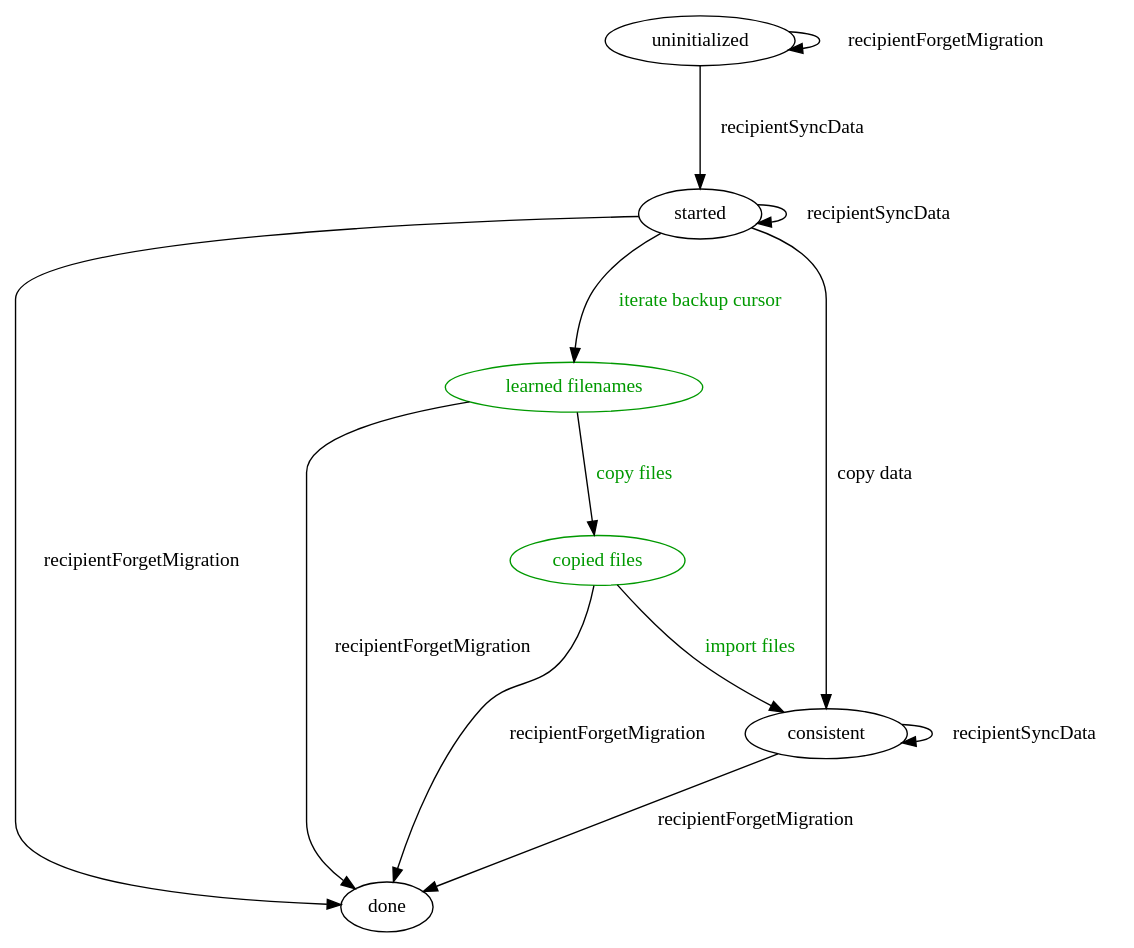
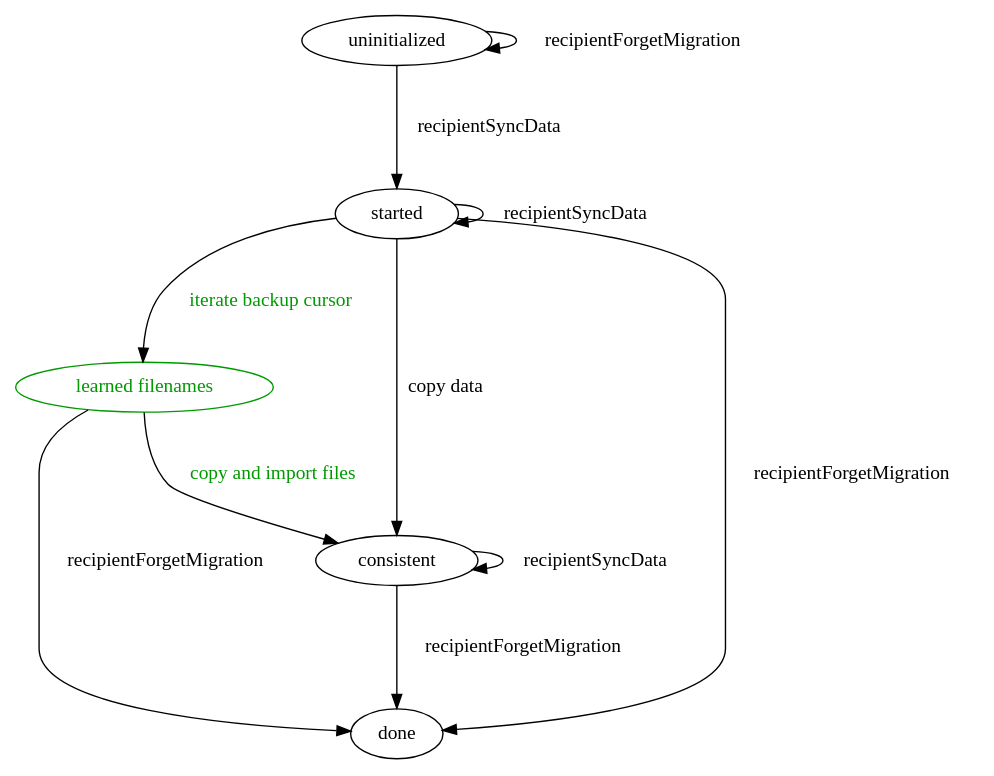
The diagram in merge-recipient.dot (ajdavis/begin-implementing-merge), drawn with Graphviz before and after one commit.

Commit message:
remove "copied files" state

```diff
--- a/merge-recipient.dot
+++ b/merge-recipient.dot
@@ -1,21 +1,18 @@
 digraph G {
 	edge [minlen=2];
     b0 [label="uninitialized"];
     b1 [label="started"];
     b6 [label="learned filenames", fontcolor="#009900", color="#009900"];
-    b7 [label="copied files", fontcolor="#009900", color="#009900"];
     b2 [label="consistent"];
     b4 [label="done"];
     b0 -> b0 [label="recipientForgetMigration"];
     b0 -> b1 [label="recipientSyncData"];
     b1 -> b2 [label="copy data", weight=2];
     b1 -> b6 [label="iterate backup cursor", fontcolor="#009900"];
-    b6 -> b7 [label="copy files", fontcolor="#009900"];
+    b6 -> b2 [label="copy and import files", fontcolor="#009900"];
     b6 -> b4 [label="recipientForgetMigration"];
-    b7 -> b2 [label="import files", fontcolor="#009900"];
-    b7 -> b4 [label="recipientForgetMigration"];
     b1 -> b1 [label="recipientSyncData"];
     b1 -> b4 [label="recipientForgetMigration"];
     b2 -> b2 [label="recipientSyncData"];
     b2 -> b4 [label="recipientForgetMigration"];
 }
```
